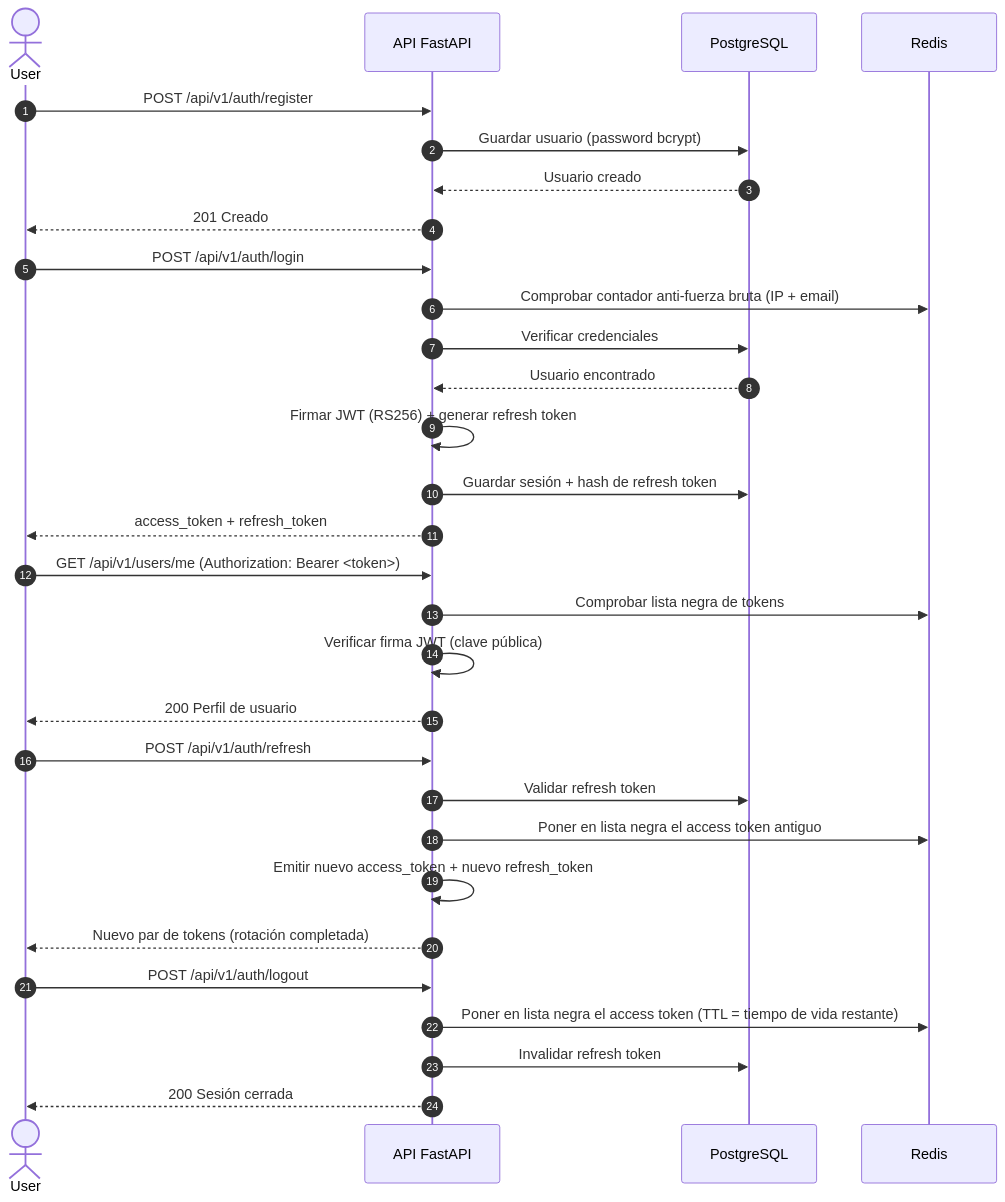
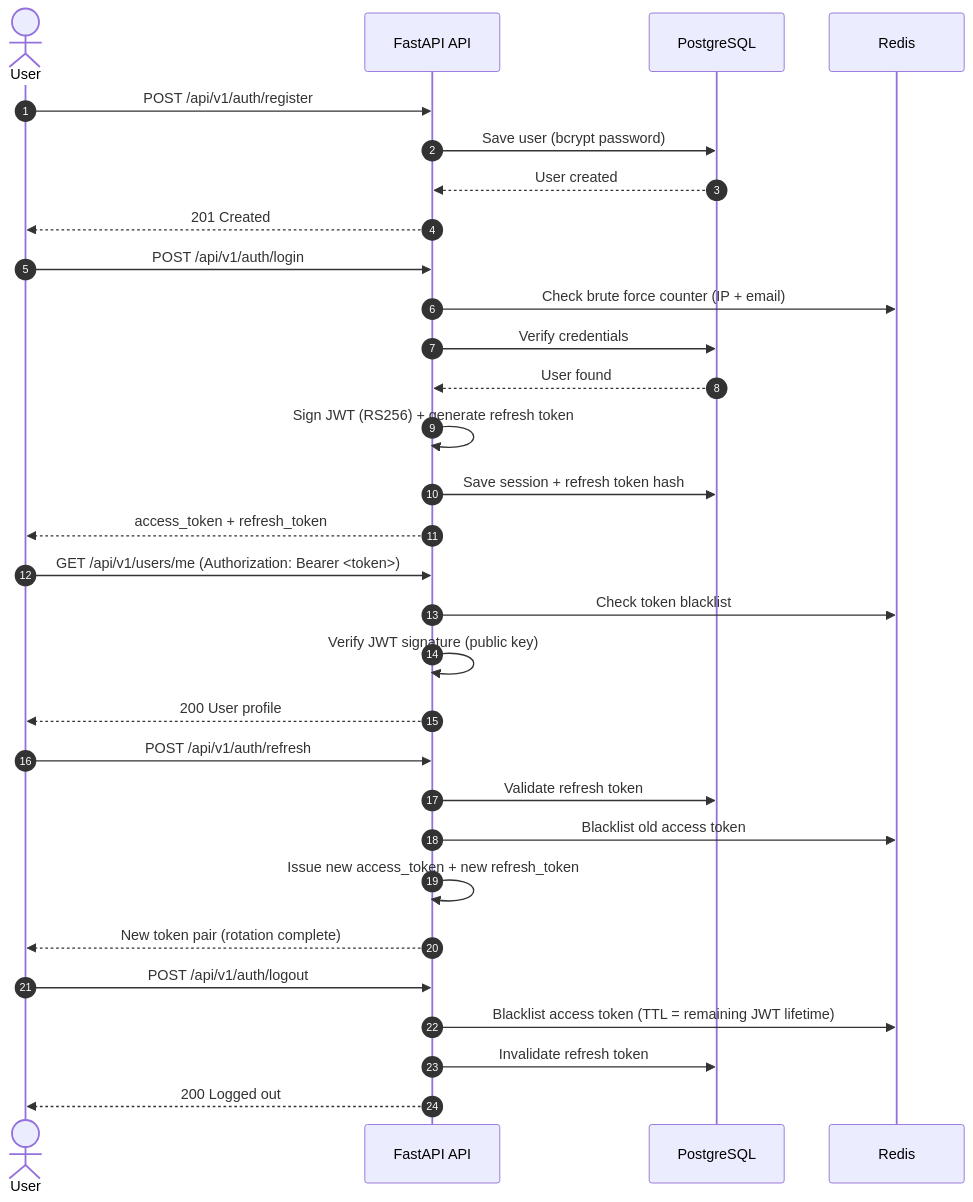
Before and after one commit to Yeisson-PB/secureauth-platform: the second of 2 diagrams in README.md, drawn with Mermaid. The commit also changed other lines of this file and 2 other files, not shown here.

````diff
--- a/README.md
+++ b/README.md
@@ -94,37 +94,37 @@
 ```mermaid
 sequenceDiagram
     autonumber
     actor User
-    participant API as API FastAPI
+    participant API as FastAPI API
     participant DB as PostgreSQL
     participant Cache as Redis
 
     User->>API: POST /api/v1/auth/register
-    API->>DB: Guardar usuario (password bcrypt)
-    DB-->>API: Usuario creado
-    API-->>User: 201 Creado
+    API->>DB: Save user (bcrypt password)
+    DB-->>API: User created
+    API-->>User: 201 Created
 
     User->>API: POST /api/v1/auth/login
-    API->>Cache: Comprobar contador anti-fuerza bruta (IP + email)
-    API->>DB: Verificar credenciales
-    DB-->>API: Usuario encontrado
-    API->>API: Firmar JWT (RS256) + generar refresh token
-    API->>DB: Guardar sesión + hash de refresh token
+    API->>Cache: Check brute force counter (IP + email)
+    API->>DB: Verify credentials
+    DB-->>API: User found
+    API->>API: Sign JWT (RS256) + generate refresh token
+    API->>DB: Save session + refresh token hash
     API-->>User: access_token + refresh_token
 
     User->>API: GET /api/v1/users/me (Authorization: Bearer <token>)
-    API->>Cache: Comprobar lista negra de tokens
-    API->>API: Verificar firma JWT (clave pública)
-    API-->>User: 200 Perfil de usuario
+    API->>Cache: Check token blacklist
+    API->>API: Verify JWT signature (public key)
+    API-->>User: 200 User profile
 
     User->>API: POST /api/v1/auth/refresh
-    API->>DB: Validar refresh token
-    API->>Cache: Poner en lista negra el access token antiguo
-    API->>API: Emitir nuevo access_token + nuevo refresh_token
-    API-->>User: Nuevo par de tokens (rotación completada)
+    API->>DB: Validate refresh token
+    API->>Cache: Blacklist old access token
+    API->>API: Issue new access_token + new refresh_token
+    API-->>User: New token pair (rotation complete)
 
     User->>API: POST /api/v1/auth/logout
-    API->>Cache: Poner en lista negra el access token (TTL = tiempo de vida restante)
-    API->>DB: Invalidar refresh token
-    API-->>User: 200 Sesión cerrada
+    API->>Cache: Blacklist access token (TTL = remaining JWT lifetime)
+    API->>DB: Invalidate refresh token
+    API-->>User: 200 Logged out
 ```
````
